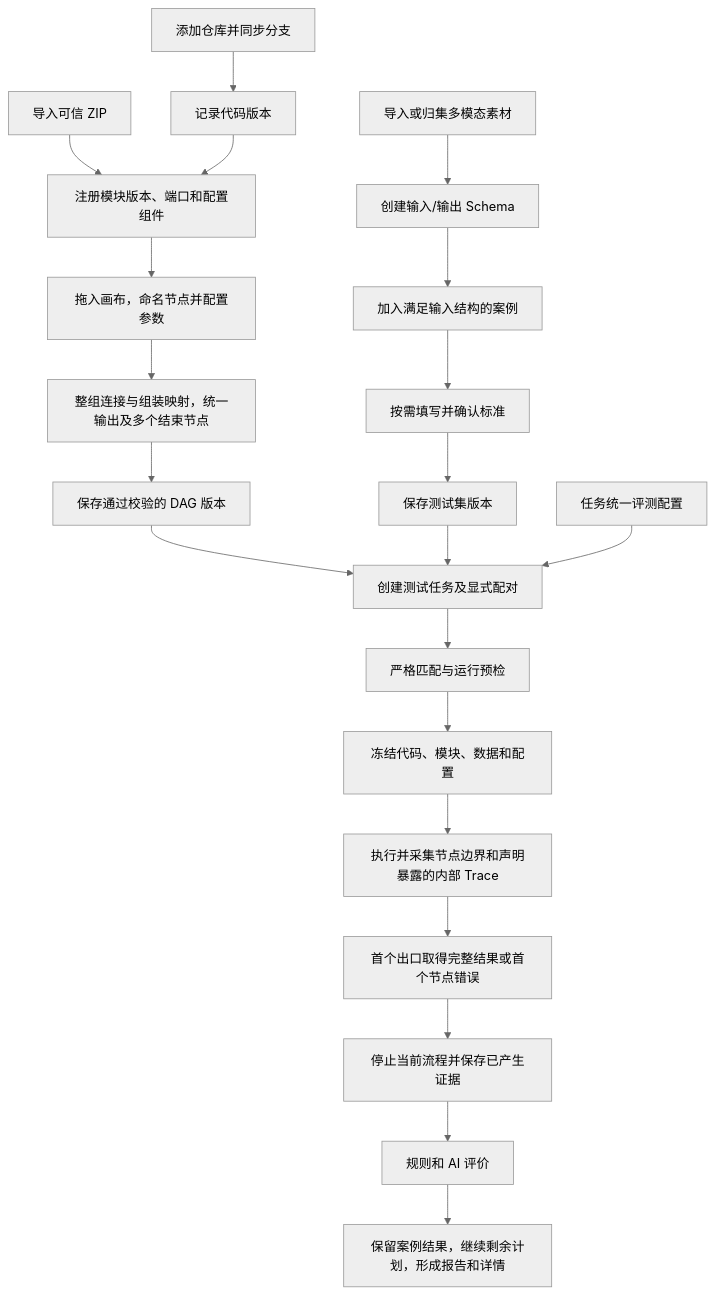
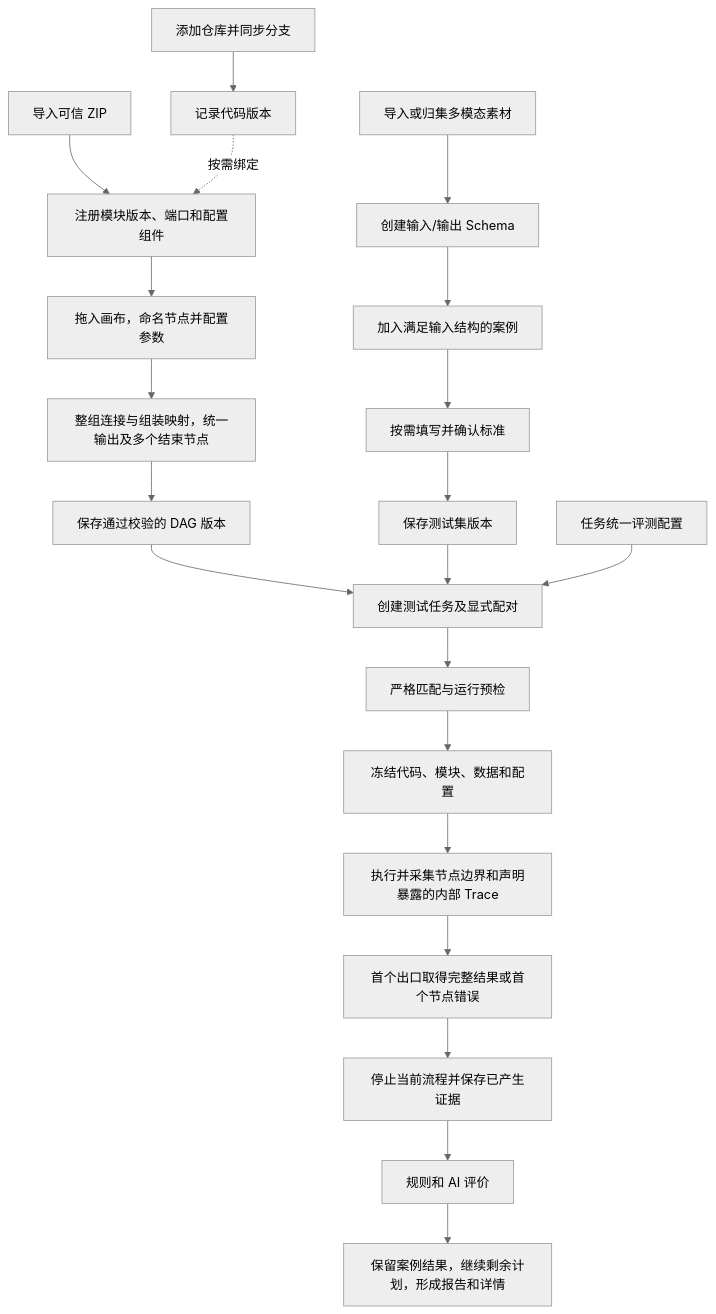
One commit to Minecodex/TestFlow changed the first of 2 diagrams in docs/voice-test-platform/01-平台整体设计.md. Above: the diagram before and after it, drawn with Mermaid (neutral theme). The commit also changed other lines of this file and 121 other files, not shown here.

````diff
--- a/docs/voice-test-platform/01-平台整体设计.md
+++ b/docs/voice-test-platform/01-平台整体设计.md
@@ -28,23 +30,23 @@
 ```mermaid
 flowchart TD
     A["添加仓库并同步分支"] --> B["记录代码版本"]
     C["导入可信 ZIP"] --> D["注册模块版本、端口和配置组件"]
-    B --> D
+    B -. 按需绑定 .-> D
     D --> E["拖入画布，命名节点并配置参数"]
     E --> F["整组连接与组装映射，统一输出及多个结束节点"]
     F --> G["保存通过校验的 DAG 版本"]
     H["导入或归集多模态素材"] --> I["创建输入/输出 Schema"]
     I --> J["加入满足输入结构的案例"]
     J --> K["按需填写并确认标准"]
     K --> L["保存测试集版本"]
     G --> M["创建测试任务及显式配对"]
     L --> M
     N["任务统一评测配置"] --> M
     M --> O["严格匹配与运行预检"]
     O --> P["冻结代码、模块、数据和配置"]
     P --> Q["执行并采集节点边界和声明暴露的内部 Trace"]
     Q --> R["首个出口取得完整结果或首个节点错误"]
     R --> S["停止当前流程并保存已产生证据"]
     S --> T["规则和 AI 评价"]
     T --> U["保留案例结果，继续剩余计划，形成报告和详情"]
 ```
````
